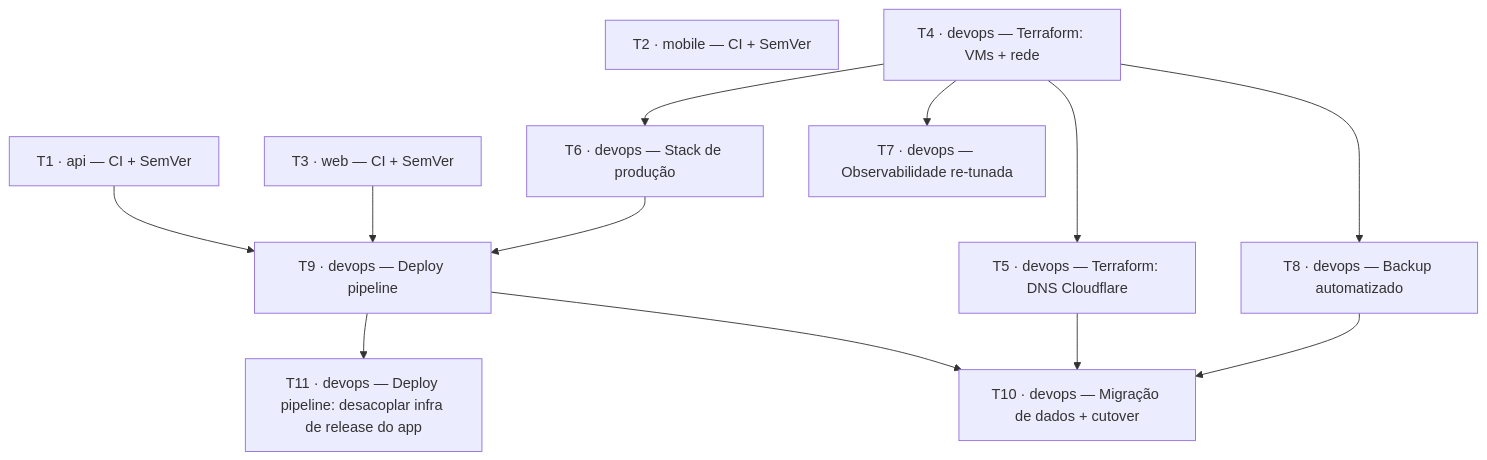
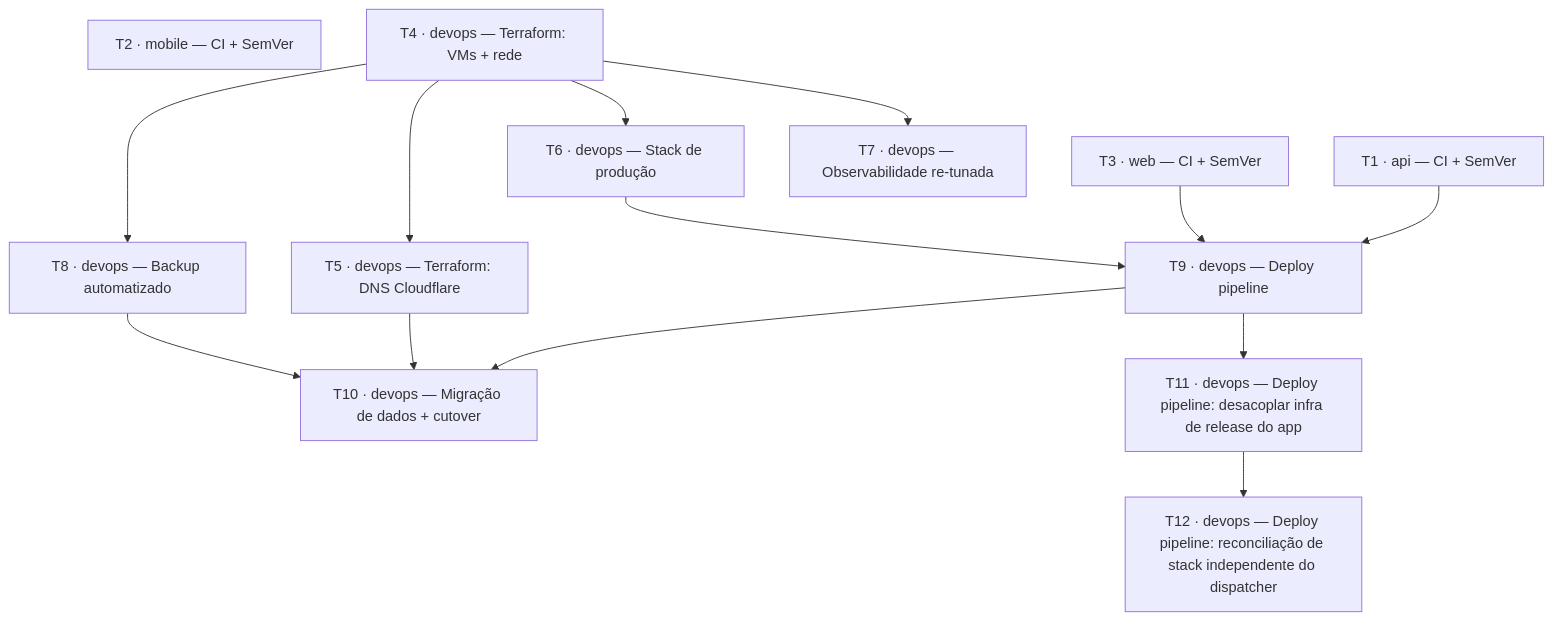
The diagram in plans/oracle-cloud-migration/05-tickets.md (oikos-circular-environment/devops), drawn with Mermaid before and after one commit. The commit also changed other lines of this file and 3 other files, not shown here.

````diff
--- a/plans/oracle-cloud-migration/05-tickets.md
+++ b/plans/oracle-cloud-migration/05-tickets.md
@@ -7,26 +7,28 @@
 ```mermaid
 flowchart TD
     T1[T1 · api — CI + SemVer]
     T2[T2 · mobile — CI + SemVer]
     T3[T3 · web — CI + SemVer]
     T4[T4 · devops — Terraform: VMs + rede]
     T5[T5 · devops — Terraform: DNS Cloudflare]
     T6[T6 · devops — Stack de produção]
     T7[T7 · devops — Observabilidade re-tunada]
     T8[T8 · devops — Backup automatizado]
     T9[T9 · devops — Deploy pipeline]
     T10[T10 · devops — Migração de dados + cutover]
     T11[T11 · devops — Deploy pipeline: desacoplar infra de release do app]
+    T12[T12 · devops — Deploy pipeline: reconciliação de stack independente do dispatcher]
 
     T4 --> T5
     T4 --> T6
     T4 --> T7
     T4 --> T8
     T1 --> T9
     T3 --> T9
     T6 --> T9
     T9 --> T10
     T5 --> T10
     T8 --> T10
     T9 --> T11
+    T11 --> T12
 ```
````
